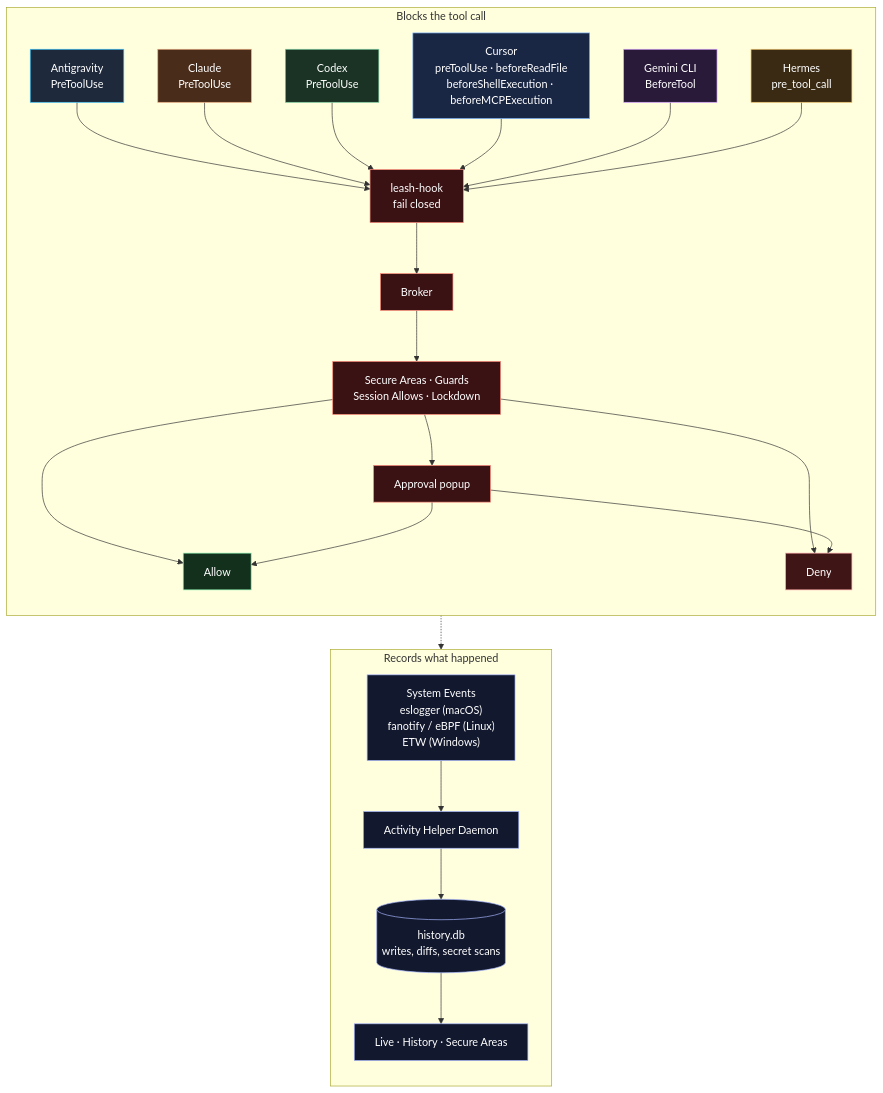
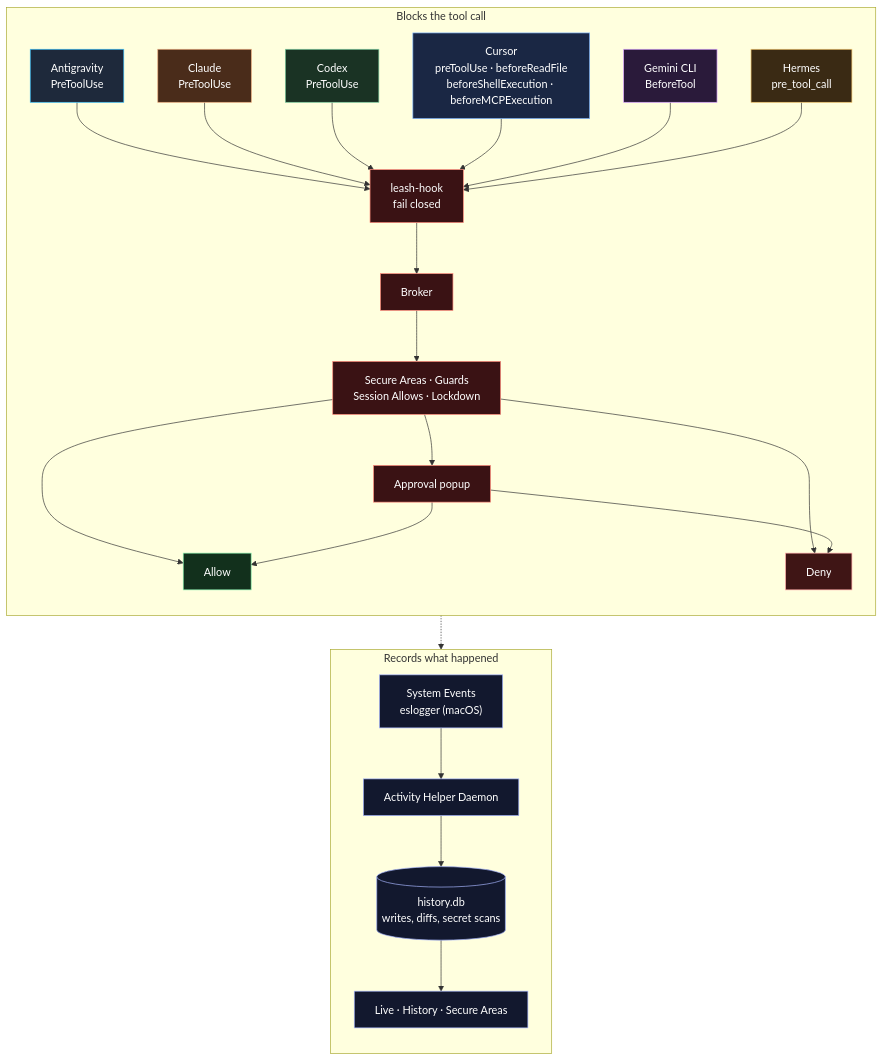
One commit to velusgautam/agentic-leash changed the diagram in README.md. Above: the diagram before and after it, drawn with Mermaid. The commit also changed other lines of this file and 29 other files, not shown here.

Commit message:
chore(platform): remove Windows and Linux support to make Agentic Leash macOS-only

````diff
--- a/README.md
+++ b/README.md
@@ -126,62 +124,62 @@
 ```mermaid
 flowchart TB
   subgraph gate ["Blocks the tool call"]
     direction TB
     antigravity["Antigravity<br>PreToolUse"]
     claude["Claude<br>PreToolUse"]
     codex["Codex<br>PreToolUse"]
     cursor["Cursor<br>preToolUse · beforeReadFile<br>beforeShellExecution · beforeMCPExecution"]
     gemini["Gemini CLI<br>BeforeTool"]
     hermes["Hermes<br>pre_tool_call"]
     hook["leash-hook<br>fail closed"]
     broker["Broker"]
     rules["Secure Areas · Guards<br>Session Allows · Lockdown"]
     popup["Approval popup"]
     allow["Allow"]
     deny["Deny"]
     antigravity --> hook
     claude --> hook
     codex --> hook
     cursor --> hook
     gemini --> hook
     hermes --> hook
     hook --> broker --> rules
     rules --> allow
     rules --> deny
     rules --> popup
     popup --> allow
     popup --> deny
   end
 
   subgraph record ["Records what happened"]
     direction TB
-    es["System Events<br>eslogger (macOS)<br>fanotify / eBPF (Linux)<br>ETW (Windows)"]
+    es["System Events<br>eslogger (macOS)"]
     helper["Activity Helper Daemon"]
     db[("history.db<br>writes, diffs, secret scans")]
     ui["Live · History · Secure Areas"]
     es --> helper --> db --> ui
   end
 
   rules -.-> ui
 
   classDef antigravity fill:#1e293b,stroke:#38bdf8,color:#fff
   classDef claude fill:#4a2c1a,stroke:#e8a87c,color:#fff
   classDef cursor fill:#1a2744,stroke:#7eb6ff,color:#fff
   classDef codex fill:#1a3324,stroke:#7dcea0,color:#fff
   classDef gemini fill:#2a1a3a,stroke:#d7a3ff,color:#fff
   classDef hermes fill:#3a2a14,stroke:#f0c36a,color:#fff
   classDef core fill:#3a1214,stroke:#ff8a7a,color:#fff
   classDef ok fill:#12301c,stroke:#86efac,color:#fff
   classDef no fill:#3f1515,stroke:#fca5a5,color:#fff
   classDef watch fill:#12182e,stroke:#a5b4fc,color:#fff
   class antigravity antigravity
   class claude claude
   class cursor cursor
   class codex codex
   class gemini gemini
   class hermes hermes
   class hook,broker,rules,popup core
   class allow ok
   class deny no
   class es,helper,db,ui watch
 ```
````
